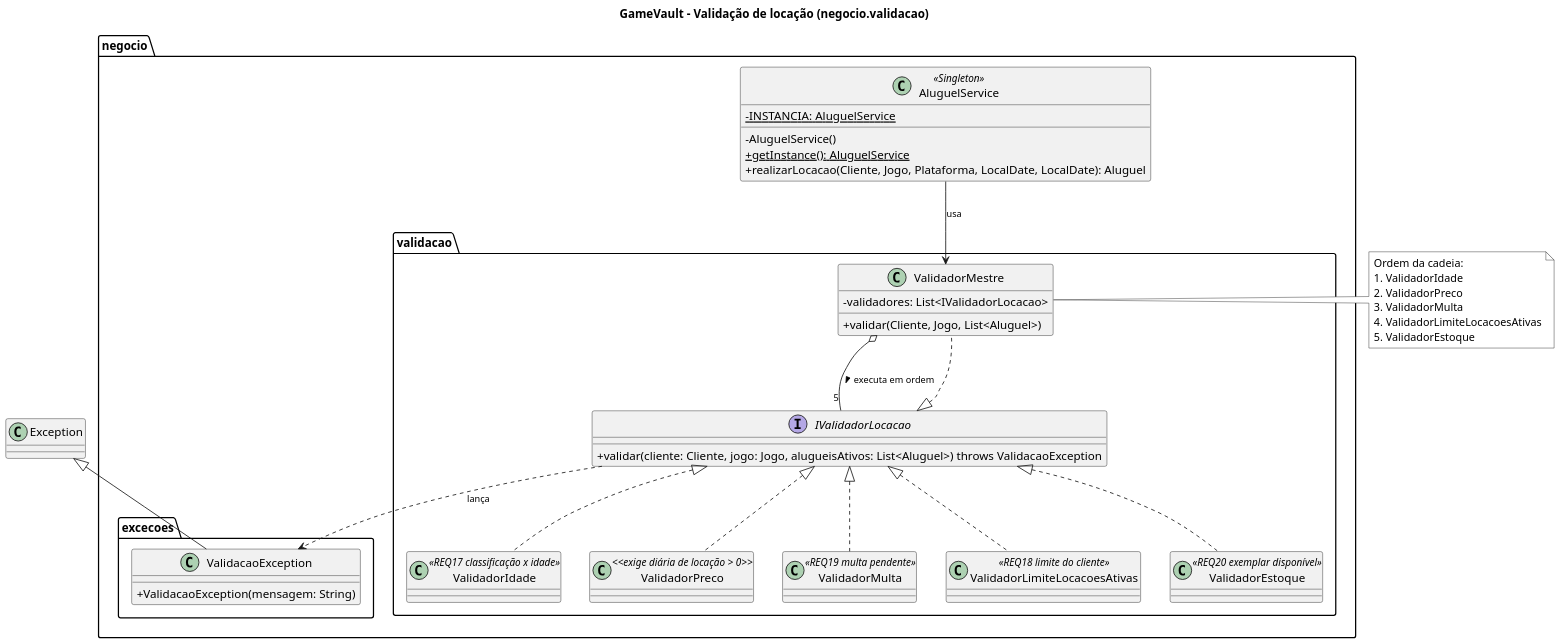
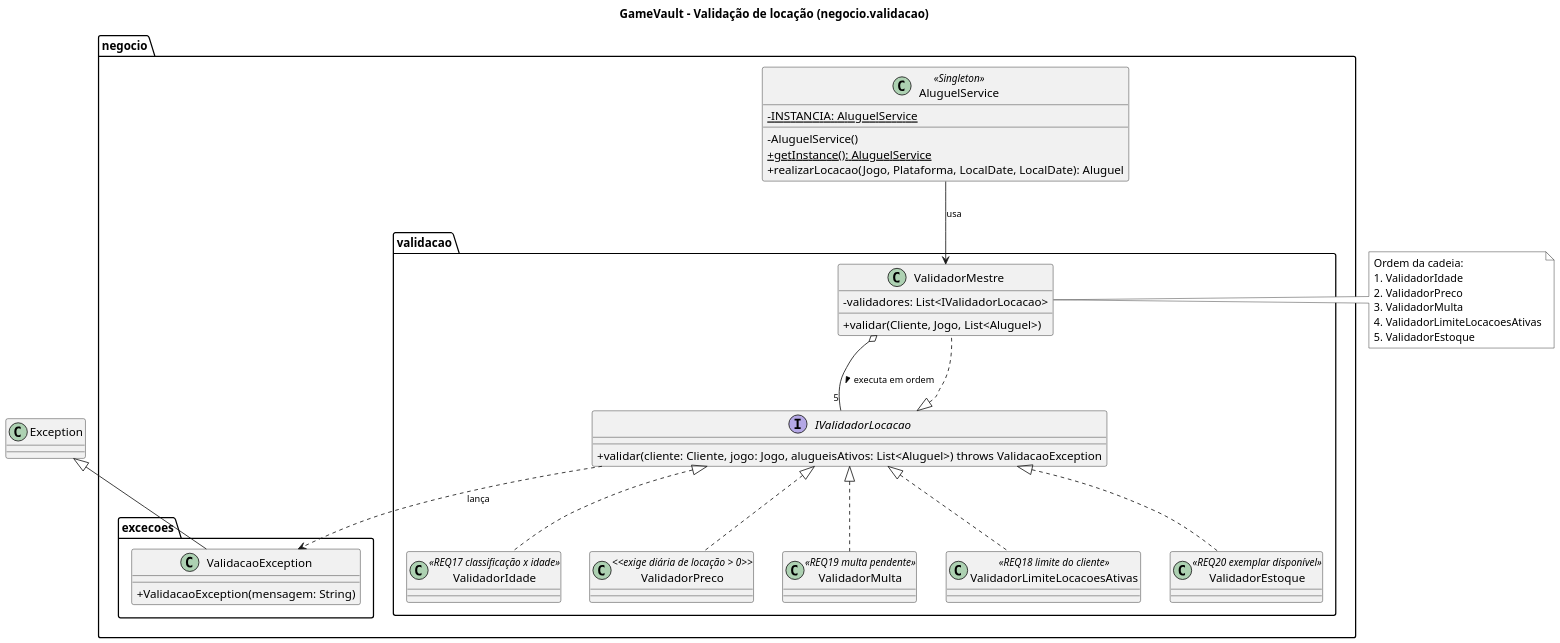
One commit to Francisco1Luna/GameVault changed the diagram in docs/uml-fonte/validacao.puml. Above: the diagram before and after it, drawn with PlantUML. The commit also changed 32 other files, not shown here.

```diff
--- a/docs/uml-fonte/validacao.puml
+++ b/docs/uml-fonte/validacao.puml
@@ -1,76 +1,76 @@
 @startuml
 skinparam classAttributeIconSize 0
 skinparam dpi 150
 skinparam shadowing false
 skinparam ArrowColor #181818
 skinparam ArrowFontSize 11
 skinparam PackageBorderColor #000000
 skinparam PackageBackgroundColor #FFFFFF
 skinparam NoteBackgroundColor #FFFFFF
 skinparam NoteBorderColor #181818
 skinparam class {
   BackgroundColor #F1F1F1
   BorderColor #181818
 }
 skinparam enum {
   BackgroundColor #F1F1F1
   BorderColor #181818
 }
 skinparam abstract {
   BackgroundColor #F1F1F1
   BorderColor #181818
 }
 skinparam interface {
   BackgroundColor #F1F1F1
   BorderColor #181818
 }
 title GameVault - Validação de locação (negocio.validacao)
 
 package negocio {
   class AluguelService <<Singleton>> {
     {static} -INSTANCIA: AluguelService
     -AluguelService()
     {static} +getInstance(): AluguelService
-    +realizarLocacao(Cliente, Jogo, Plataforma, LocalDate, LocalDate): Aluguel
+    +realizarLocacao(Jogo, Plataforma, LocalDate, LocalDate): Aluguel
   }
   package negocio.validacao {
     interface IValidadorLocacao {
       +validar(cliente: Cliente, jogo: Jogo, alugueisAtivos: List<Aluguel>) throws ValidacaoException
     }
     class ValidadorMestre {
       -validadores: List<IValidadorLocacao>
       +validar(Cliente, Jogo, List<Aluguel>)
     }
     class ValidadorIdade <<REQ17 classificação x idade>>
     class ValidadorPreco <<exige diária de locação > 0>>
     class ValidadorMulta <<REQ19 multa pendente>>
     class ValidadorLimiteLocacoesAtivas <<REQ18 limite do cliente>>
     class ValidadorEstoque <<REQ20 exemplar disponível>>
   }
   package negocio.excecoes {
     class ValidacaoException {
       +ValidacaoException(mensagem: String)
     }
   }
 }
 
 AluguelService --> ValidadorMestre : usa
 IValidadorLocacao <|.. ValidadorMestre
 IValidadorLocacao <|.. ValidadorIdade
 IValidadorLocacao <|.. ValidadorPreco
 IValidadorLocacao <|.. ValidadorMulta
 IValidadorLocacao <|.. ValidadorLimiteLocacoesAtivas
 IValidadorLocacao <|.. ValidadorEstoque
 ValidadorMestre o-- "5" IValidadorLocacao : executa em ordem >
 IValidadorLocacao ..> ValidacaoException : lança
 Exception <|-- ValidacaoException
 
 note right of ValidadorMestre
   Ordem da cadeia:
   1. ValidadorIdade
   2. ValidadorPreco
   3. ValidadorMulta
   4. ValidadorLimiteLocacoesAtivas
   5. ValidadorEstoque
 end note
 @enduml
```
